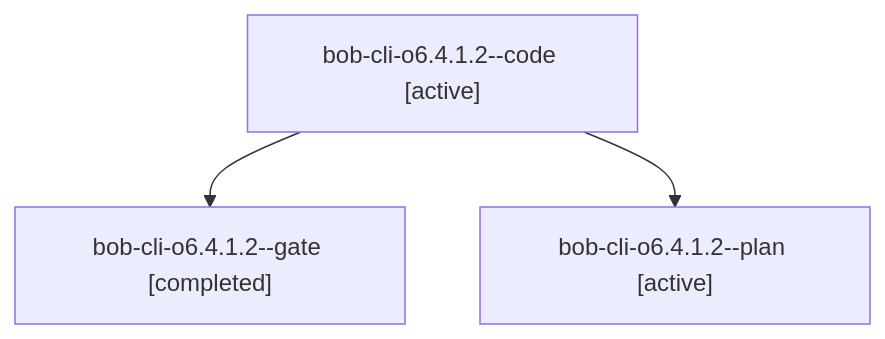
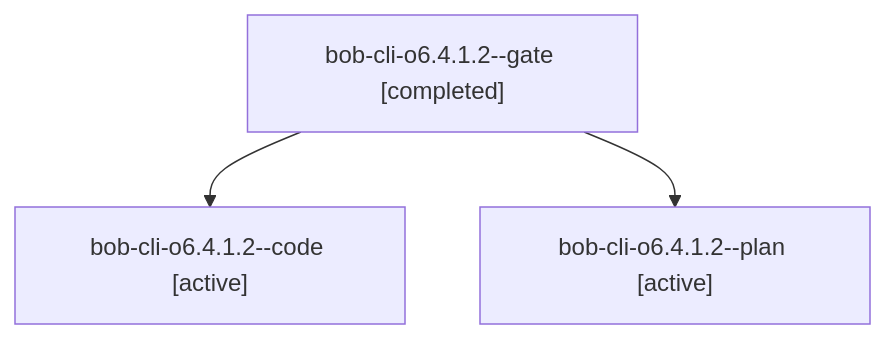
The diagram in sessions/bbugyi200.athena.bob-cli-o6.4.1.2.md (bobs-org/bob-cli--agents), drawn with Mermaid before and after one commit. The commit also changed other lines of this file and 22 other files, not shown here.

````diff
--- a/sessions/bbugyi200.athena.bob-cli-o6.4.1.2.md
+++ b/sessions/bbugyi200.athena.bob-cli-o6.4.1.2.md
@@ -9,8 +9,8 @@
 ```mermaid
 flowchart TD
-  n0["bob-cli-o6.4.1.2--code [active]"]
-  n1["bob-cli-o6.4.1.2--gate [completed]"]
+  n0["bob-cli-o6.4.1.2--gate [completed]"]
+  n1["bob-cli-o6.4.1.2--code [active]"]
   n0 --> n1
   n2["bob-cli-o6.4.1.2--plan [active]"]
   n0 --> n2
 ```
````
